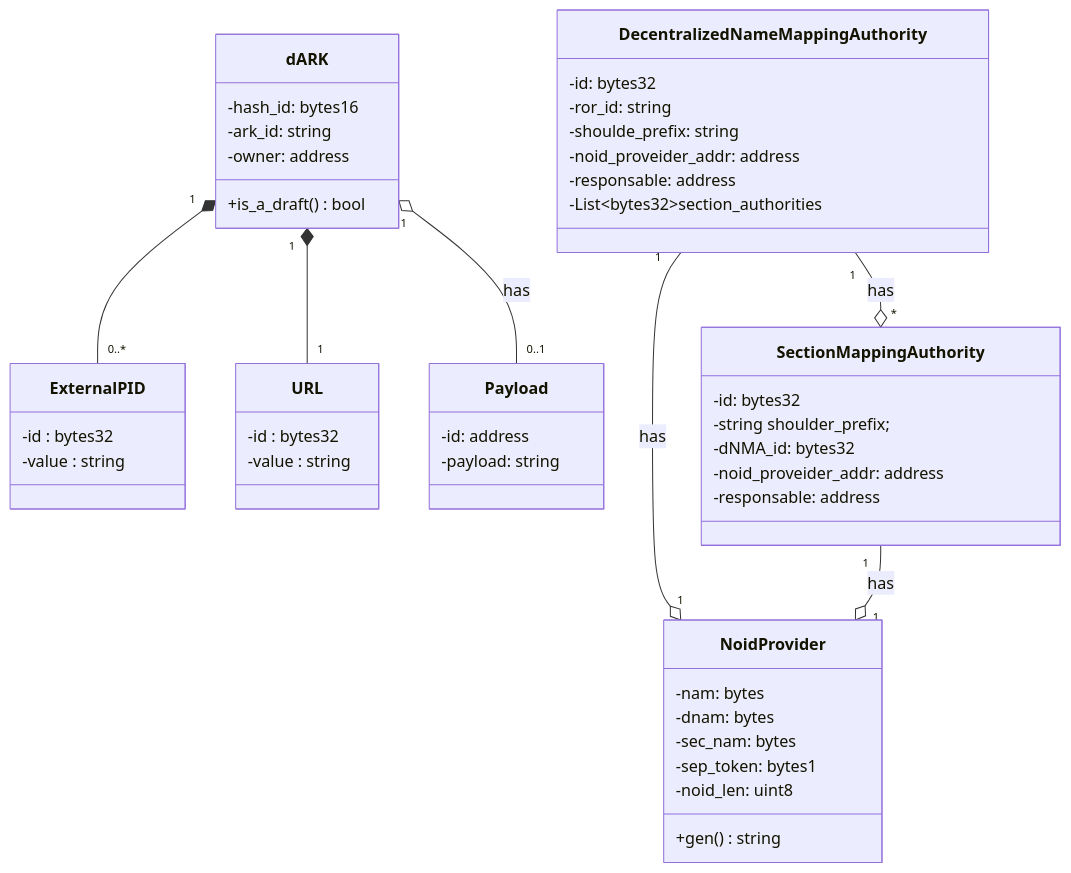
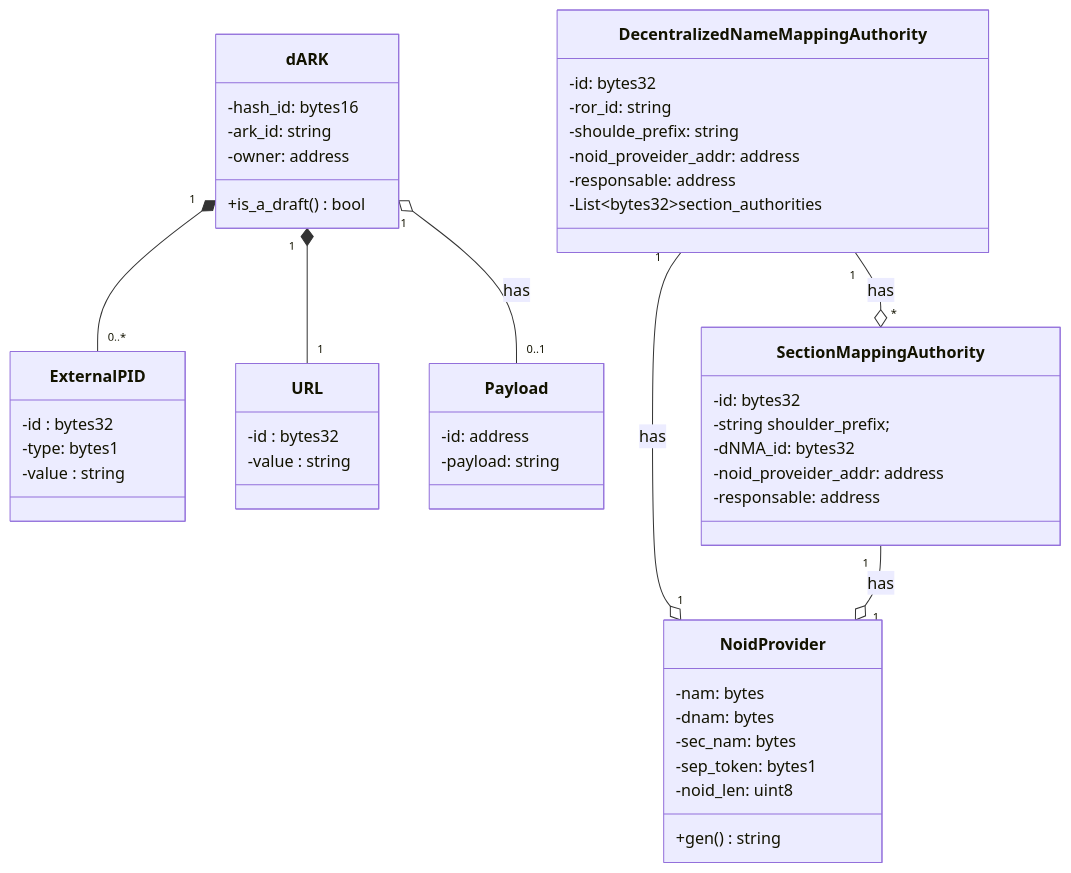
One commit to dark-pid/dARK changed the diagram in docs/diagrams/dark_core_entites_class.mmd. Above: the diagram before and after it, drawn with Mermaid. The commit also changed other lines of this file and 1 other file, not shown here.

Commit message:
diagram update #1

```diff
--- a/docs/diagrams/dark_core_entites_class.mmd
+++ b/docs/diagrams/dark_core_entites_class.mmd
@@ -1,62 +1,63 @@
 classDiagram
 
     class dARK{
         -hash_id: bytes16
         -ark_id: string
         -owner: address
         
         +is_a_draft() bool
     }
 
     class ExternalPID{
         -id : bytes32
+        -type: bytes1
         -value : string
     }
 
     class URL{
         -id : bytes32
         -value : string
     }
 
     class Payload{
         -id: address
         -payload: string
     }
 
     dARK "1" o-- "0..1" Payload : has
     
     dARK "1" *--  "0..*" ExternalPID
     dARK "1" *--  "1" URL
 
 
     class DecentralizedNameMappingAuthority{
         -id: bytes32
         -ror_id: string
         -shoulde_prefix: string
         -noid_proveider_addr: address
         -responsable: address
         -List~bytes32~section_authorities
     }
 
     class SectionMappingAuthority {
         -id: bytes32
         -string shoulder_prefix;
         -dNMA_id: bytes32
         -noid_proveider_addr: address
         -responsable: address
     }
 
     class NoidProvider{
         -nam: bytes
         -dnam: bytes
         -sec_nam: bytes
         -sep_token: bytes1
         -noid_len: uint8
 
         +gen() string
     }
 
     DecentralizedNameMappingAuthority "1" --o "1" NoidProvider: has
     SectionMappingAuthority "1" --o "1" NoidProvider: has
 
     DecentralizedNameMappingAuthority "1" --o "*" SectionMappingAuthority: has
```
